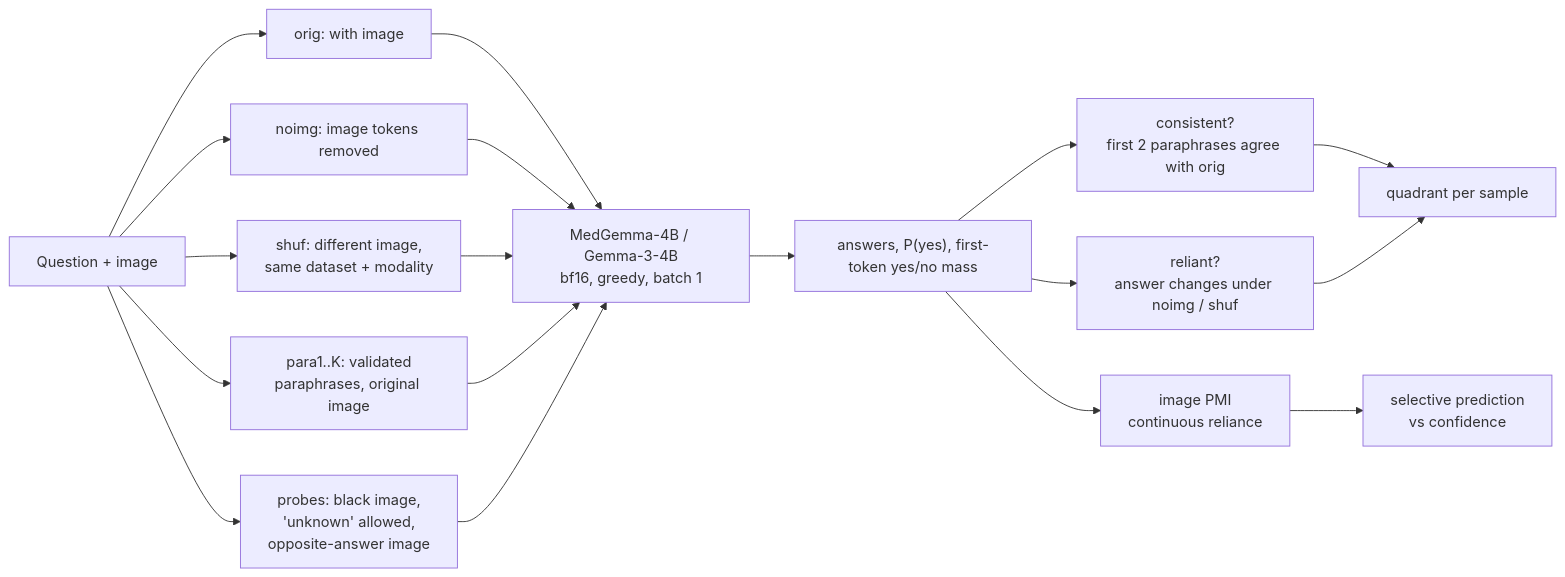
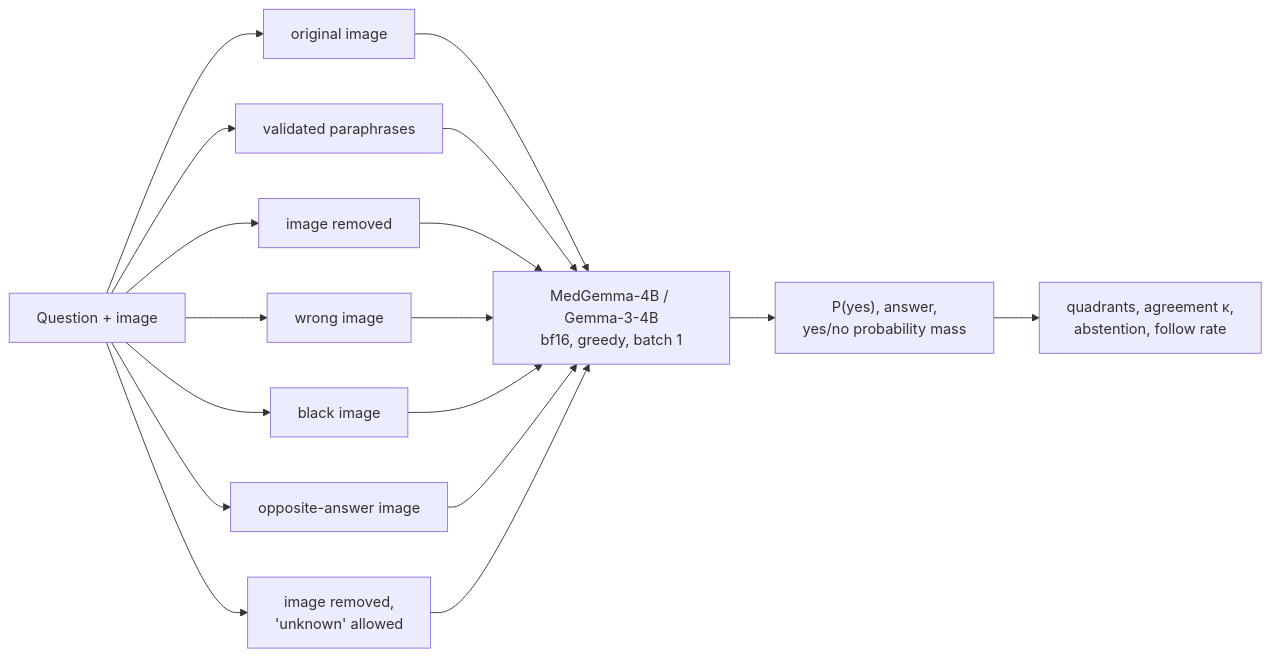
Before and after one commit to thaitri2005/Medvlm-Image-Reliance: the diagram in README.md, drawn with Mermaid. The commit also changed other lines of this file and 19 other files, not shown here.

First line of the commit message:
Reframe around the probe comparison: image removal misranks image reliance

````diff
--- a/README.md
+++ b/README.md
@@ -119,15 +124,13 @@
 ```mermaid
 flowchart LR
-    Q[Question + image] --> O[orig: with image]
-    Q --> N[noimg: image tokens removed]
-    Q --> S[shuf: different image,<br/>same dataset + modality]
-    Q --> P[para1..K: validated<br/>paraphrases, original image]
-    Q --> X[probes: black image,<br/>'unknown' allowed,<br/>opposite-answer image]
-    O & N & S & P & X --> M[MedGemma-4B / Gemma-3-4B<br/>bf16, greedy, batch 1]
-    M --> A["answers, P(yes), first-token yes/no mass"]
-    A --> C[consistent?<br/>first 2 paraphrases agree with orig]
-    A --> R[reliant?<br/>answer changes under noimg / shuf]
-    A --> PMI[image PMI<br/>continuous reliance]
-    C & R --> QD[quadrant per sample]
-    PMI --> SP[selective prediction<br/>vs confidence]
+    Q[Question + image] --> O[original image]
+    Q --> P[validated paraphrases]
+    Q --> N[image removed]
+    Q --> S[wrong image]
+    Q --> K[black image]
+    Q --> X[opposite-answer image]
+    Q --> U[image removed,<br/>'unknown' allowed]
+    O & P & N & S & K & X & U --> M[MedGemma-4B / Gemma-3-4B<br/>bf16, greedy, batch 1]
+    M --> A["P(yes), answer,<br/>yes/no probability mass"]
+    A --> QD[quadrants, agreement κ,<br/>abstention, follow rate]
 ```
````
